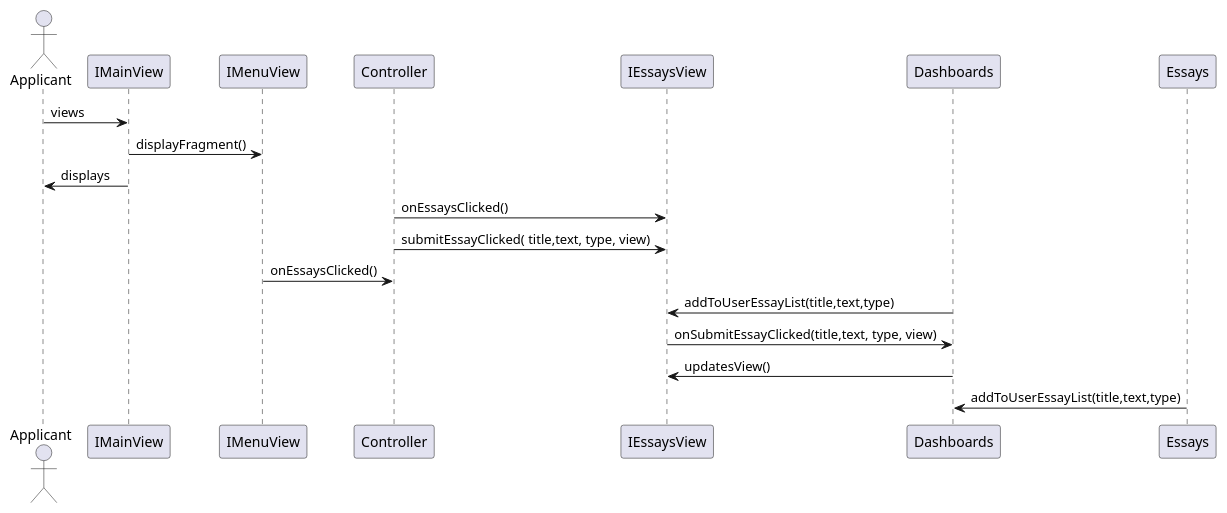
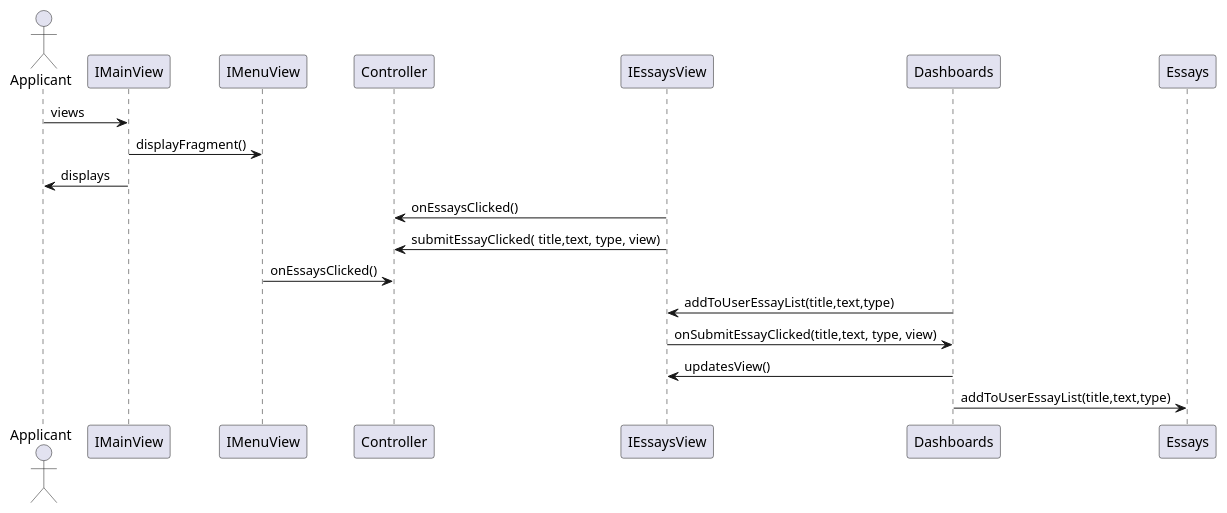
Before and after one commit to jlederer33/Essay-Review-App: the first of 5 diagrams in intellij/doc/design.md, drawn with PlantUML. The commit also changed other lines of this file, not shown here.

Commit message:
added changes to sequence diagrams

````diff
--- a/intellij/doc/design.md
+++ b/intellij/doc/design.md
@@ -4,13 +4,13 @@
 ```plantuml
 actor Applicant as applicant
 applicant-> IMainView : views
 IMainView -> IMenuView : displayFragment()
 applicant <- IMainView : displays
-Controller -> IEssaysView : onEssaysClicked()
-Controller -> IEssaysView : submitEssayClicked( title,text, type, view)
+Controller <- IEssaysView : onEssaysClicked()
+Controller <- IEssaysView : submitEssayClicked( title,text, type, view)
 Controller <- IMenuView : onEssaysClicked()
 IEssaysView <- Dashboards : addToUserEssayList(title,text,type)
 IEssaysView -> Dashboards : onSubmitEssayClicked(title,text, type, view)
 Dashboards -> IEssaysView : updatesView()
-Dashboards <- Essays : addToUserEssayList(title,text,type)
+Dashboards -> Essays : addToUserEssayList(title,text,type)
 ```
````
